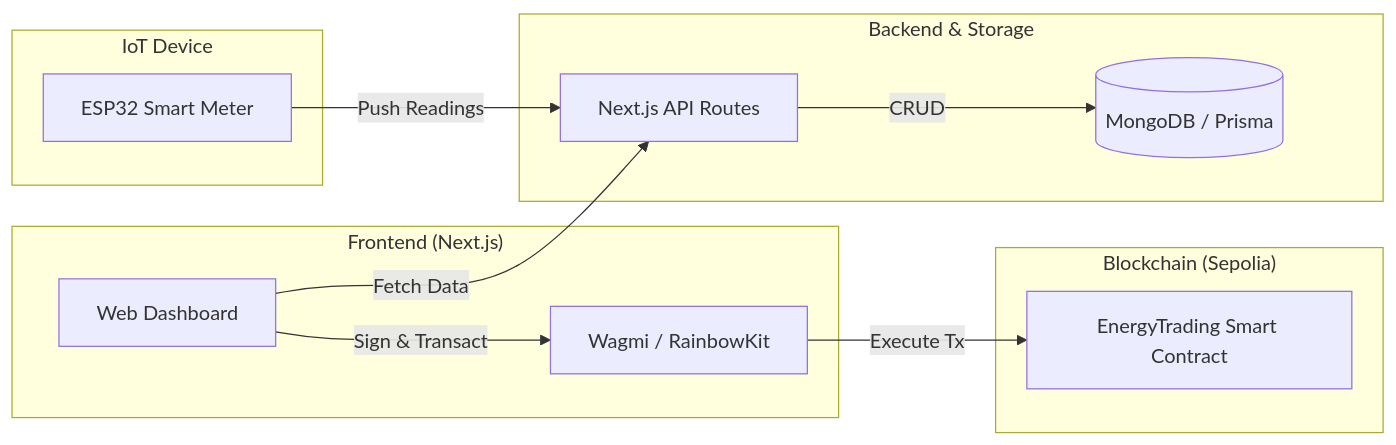
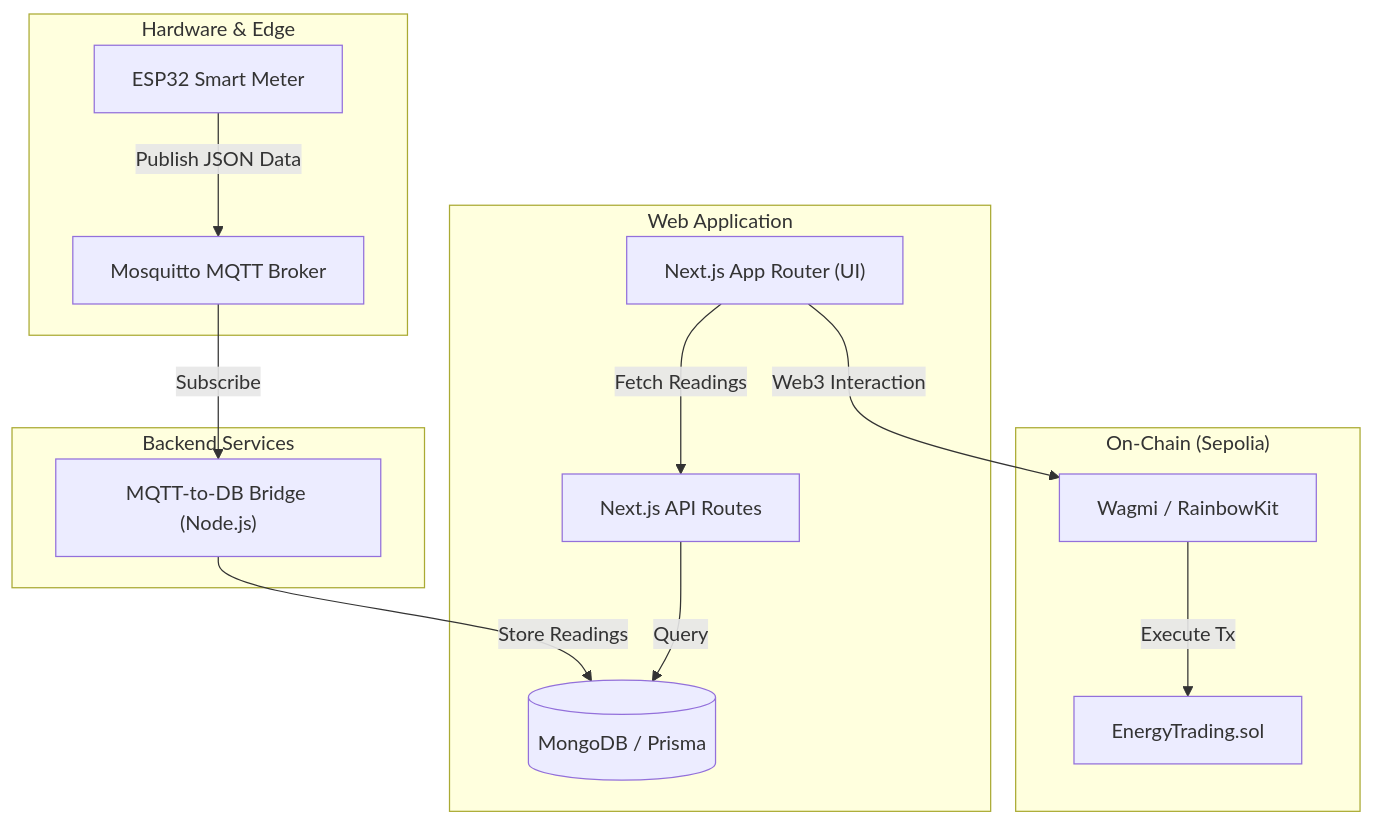
The diagram in README.md (chauhan-varun/solix), drawn with Mermaid before and after one commit. The commit also changed other lines of this file and 4 other files, not shown here.

````diff
--- a/README.md
+++ b/README.md
@@ -11,26 +11,30 @@
 ```mermaid
-graph LR
-    subgraph ClientLayer ["Frontend (Next.js)"]
-        UI["Web Dashboard"]
-        Wagmi["Wagmi / RainbowKit"]
+graph TD
+    subgraph IoT_Layer ["Hardware & Edge"]
+        ESP["ESP32 Smart Meter"]
+        MQTT_B["Mosquitto MQTT Broker"]
     end
 
-    subgraph LogicLayer ["Backend & Storage"]
+    subgraph Service_Layer ["Backend Services"]
+        Bridge["MQTT-to-DB Bridge (Node.js)"]
+    end
+
+    subgraph Platform_Layer ["Web Application"]
+        Frontend["Next.js App Router (UI)"]
         API["Next.js API Routes"]
         DB[(MongoDB / Prisma)]
     end
 
-    subgraph HardwareLayer ["IoT Device"]
-        ESP["ESP32 Smart Meter"]
+    subgraph Blockchain_Layer ["On-Chain (Sepolia)"]
+        SC["EnergyTrading.sol"]
+        Wagmi["Wagmi / RainbowKit"]
     end
 
-    subgraph NetworkLayer ["Blockchain (Sepolia)"]
-        SC["EnergyTrading Smart Contract"]
-    end
-
-    ESP -- "Push Readings" --> API
-    API -- "CRUD" --> DB
-    UI -- "Fetch Data" --> API
-    UI -- "Sign & Transact" --> Wagmi
+    ESP -- "Publish JSON Data" --> MQTT_B
+    MQTT_B -- "Subscribe" --> Bridge
+    Bridge -- "Store Readings" --> DB
+    Frontend -- "Fetch Readings" --> API
+    API -- "Query" --> DB
+    Frontend -- "Web3 Interaction" --> Wagmi
     Wagmi -- "Execute Tx" --> SC
 ```
````
